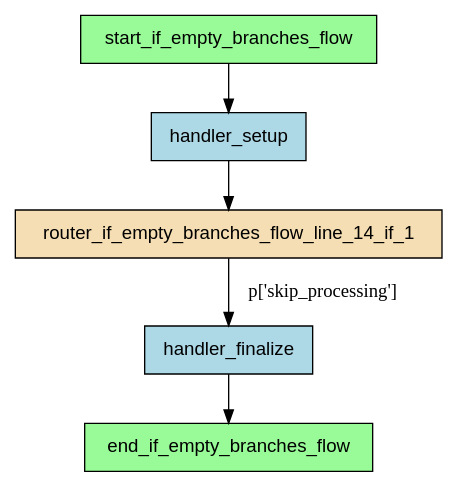
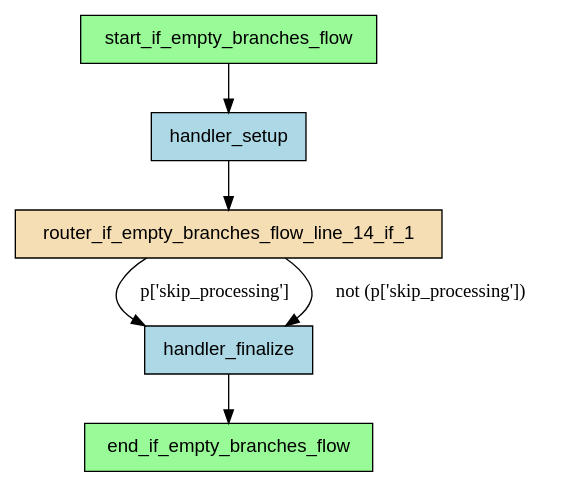
One commit to deliveryhero/asya changed the diagram in examples/flows/compiled/if_all_empty_branches/flow.dot. Above: the diagram before and after it, drawn with Graphviz. The commit also changed 136 other files, not shown here.

```diff
--- a/examples/flows/compiled/if_all_empty_branches/flow.dot
+++ b/examples/flows/compiled/if_all_empty_branches/flow.dot
@@ -1,15 +1,16 @@
-digraph "if_empty_branches_flow" {
+digraph "if_all_empty_branches" {
     rankdir=TB;
     node [shape=box, style=filled, fontname="Helvetica"];
 
     end_if_empty_branches_flow [label="end_if_empty_branches_flow", fillcolor=palegreen];
     handler_finalize [label="handler_finalize", fillcolor=lightblue];
     handler_setup [label="handler_setup", fillcolor=lightblue];
     router_if_empty_branches_flow_line_14_if_1 [label="router_if_empty_branches_flow_line_14_if_1", fillcolor=wheat];
     start_if_empty_branches_flow [label="start_if_empty_branches_flow", fillcolor=palegreen];
 
     start_if_empty_branches_flow -> handler_setup;
     handler_setup -> router_if_empty_branches_flow_line_14_if_1;
     router_if_empty_branches_flow_line_14_if_1 -> handler_finalize [label="p['skip_processing']"];
+    router_if_empty_branches_flow_line_14_if_1 -> handler_finalize [label="not (p['skip_processing'])"];
     handler_finalize -> end_if_empty_branches_flow;
 }
```
